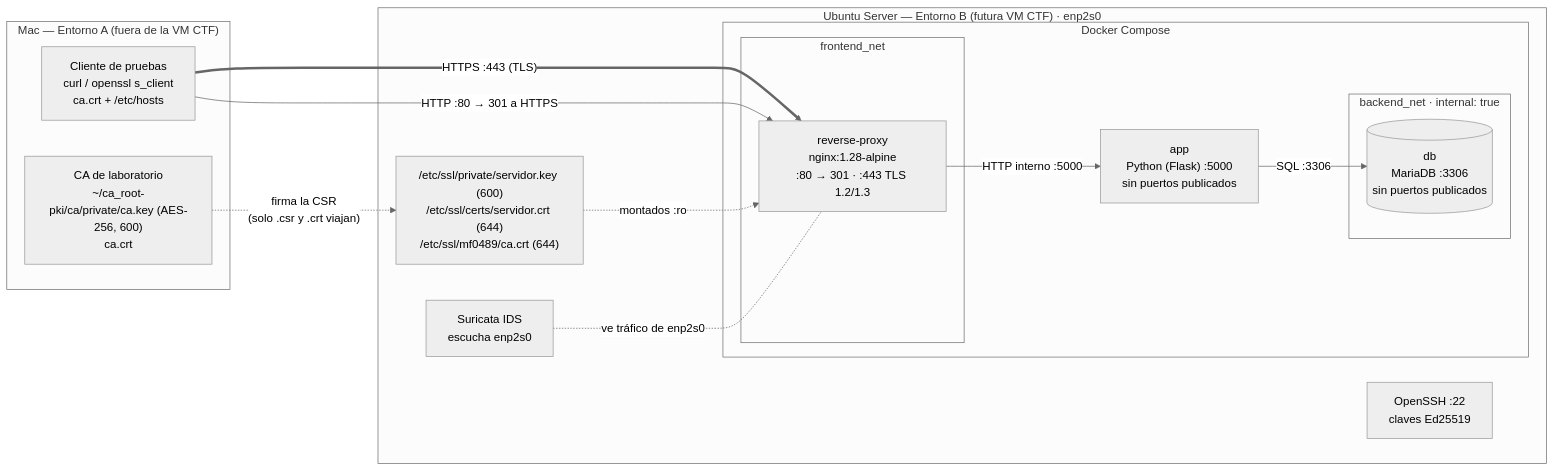
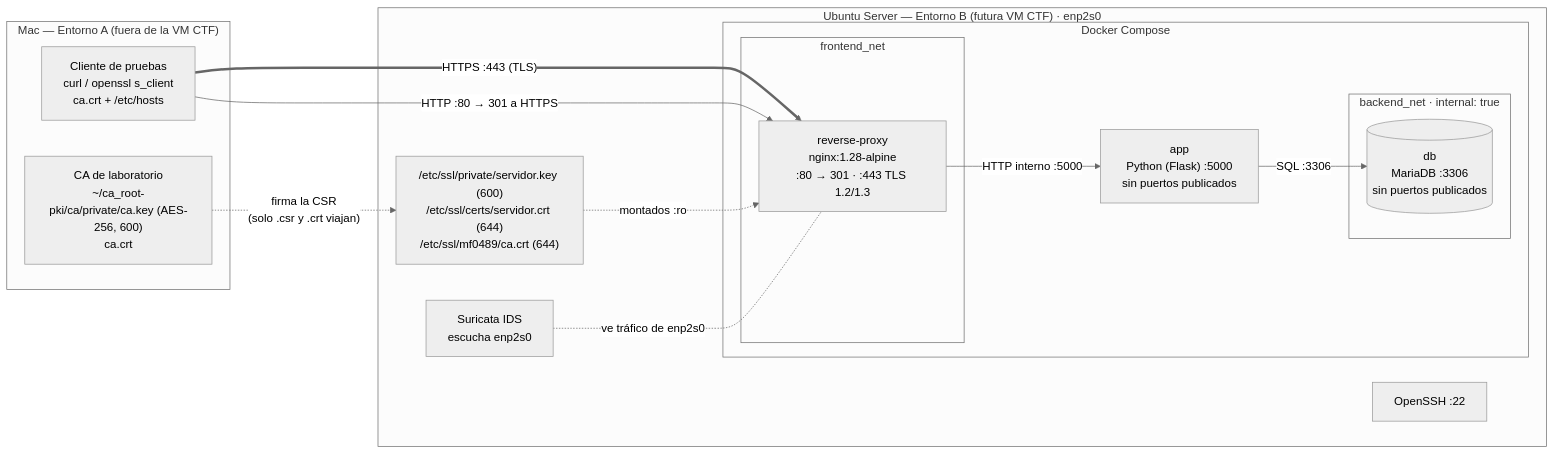
The diagram in docs/mf0489/fase1-arquitectura.md (margalefxr/opsmatrix-lab), drawn with Mermaid (neutral theme) before and after one commit. The commit also changed other lines of this file and 6 other files, not shown here.

````diff
--- a/docs/mf0489/fase1-arquitectura.md
+++ b/docs/mf0489/fase1-arquitectura.md
@@ -21,31 +21,31 @@
 ```mermaid
 flowchart LR
     subgraph MAC["Mac — Entorno A (fuera de la VM CTF)"]
         CA["CA de laboratorio<br/>~/ca_root-pki/ca/private/ca.key (AES-256, 600)<br/>ca.crt"]
         CLI["Cliente de pruebas<br/>curl / openssl s_client<br/>ca.crt + /etc/hosts"]
     end
 
     subgraph VM["Ubuntu Server — Entorno B (futura VM CTF) · enp2s0"]
-        SSH["OpenSSH :22<br/>claves Ed25519"]
+        SSH["OpenSSH :22"]
         SUR["Suricata IDS<br/>escucha enp2s0"]
         PKI["/etc/ssl/private/servidor.key (600)<br/>/etc/ssl/certs/servidor.crt (644)<br/>/etc/ssl/mf0489/ca.crt (644)"]
 
         subgraph DOCKER["Docker Compose"]
             subgraph FRONT["frontend_net"]
                 RP["reverse-proxy<br/>nginx:1.28-alpine<br/>:80 → 301 · :443 TLS 1.2/1.3"]
             end
             APP["app<br/>Python (Flask) :5000<br/>sin puertos publicados"]
             subgraph BACK["backend_net · internal: true"]
                 DB[("db<br/>MariaDB :3306<br/>sin puertos publicados")]
             end
         end
     end
 
     CA -. "firma la CSR<br/>(solo .csr y .crt viajan)" .-> PKI
     CLI == "HTTPS :443 (TLS)" ==> RP
     CLI -- "HTTP :80 → 301 a HTTPS" --> RP
     PKI -. "montados :ro" .-> RP
     RP -- "HTTP interno :5000" --> APP
     APP -- "SQL :3306" --> DB
     SUR -. "ve tráfico de enp2s0" .- RP
 ```
````
